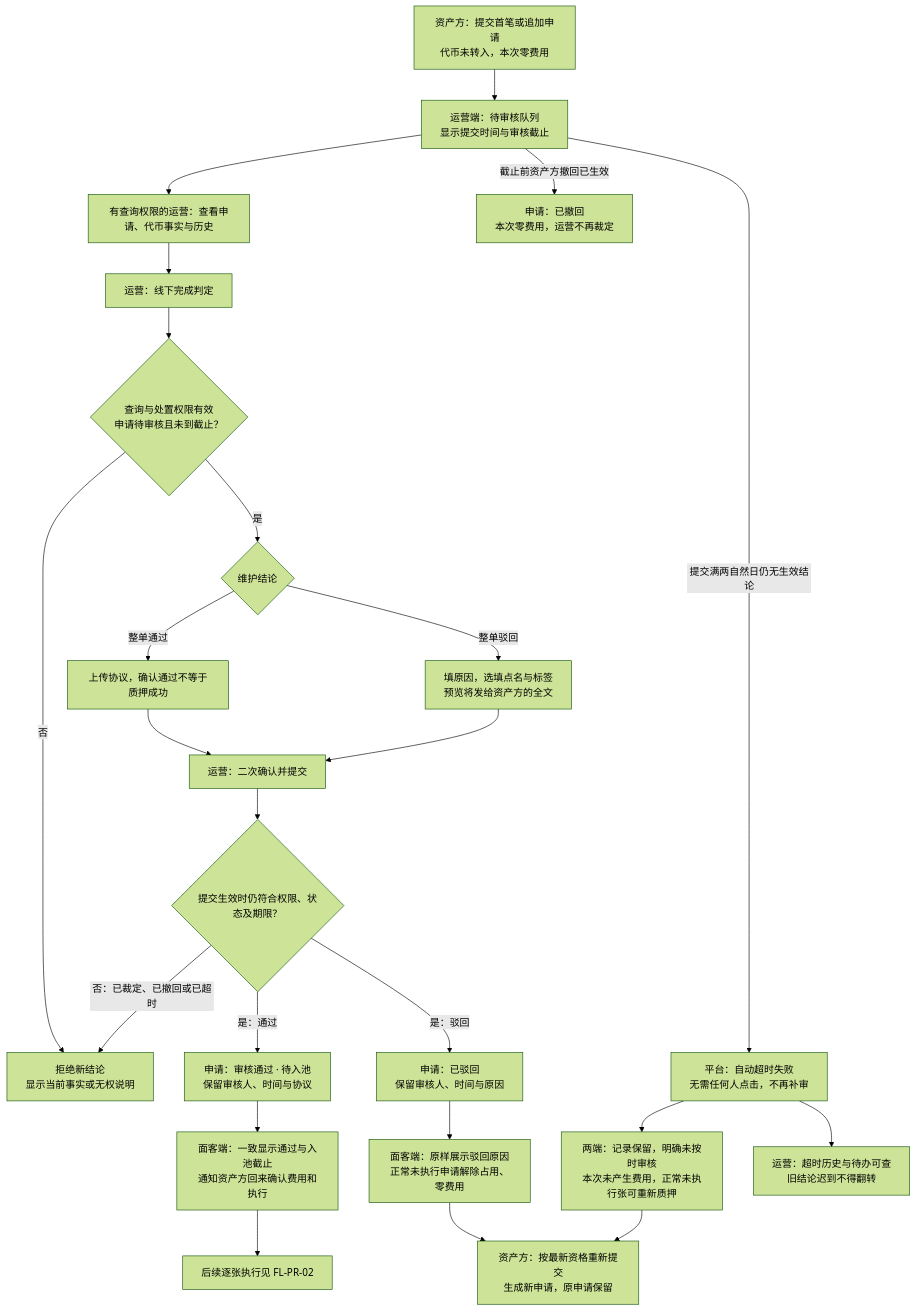
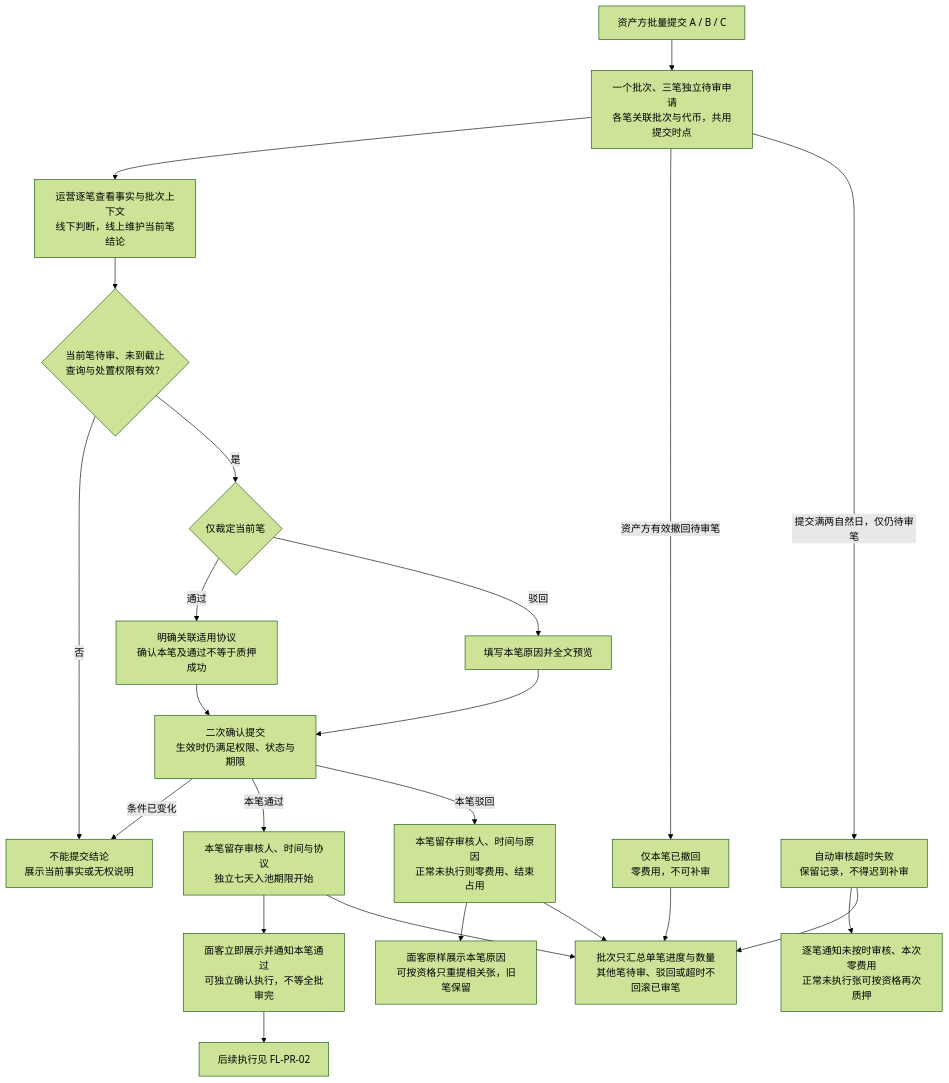
Before and after one commit to wxblockchain/Chain-Financing: the first of 5 diagrams in lending-platform/PRD/v1.0-代币质押审核/v1.0-代币质押审核-流程图与状态机.md, drawn with Mermaid (forest theme). The commit also changed other lines of this file and 1 other file, not shown here.

````diff
--- a/lending-platform/PRD/v1.0-代币质押审核/v1.0-代币质押审核-流程图与状态机.md
+++ b/lending-platform/PRD/v1.0-代币质押审核/v1.0-代币质押审核-流程图与状态机.md
@@ -20,26 +20,25 @@
 ```mermaid
 flowchart TD
-  A["资产方：提交首笔或追加申请<br/>代币未转入，本次零费用"] --> B["运营端：待审核队列<br/>显示提交时间与审核截止"]
-  B --> C["有查询权限的运营：查看申请、代币事实与历史"]
-  C --> D["运营：线下完成判定"]
-  D --> E{"查询与处置权限有效<br/>申请待审核且未到截止？"}
-  E -- "否" --> V["拒绝新结论<br/>显示当前事实或无权说明"]
-  E -- "是" --> F{"维护结论"}
-  F -- "整单通过" --> G["上传协议，确认通过不等于质押成功"]
-  F -- "整单驳回" --> H["填原因，选填点名与标签<br/>预览将发给资产方的全文"]
-  G --> I["运营：二次确认并提交"]
+  A["资产方批量提交 A / B / C"] --> B["一个批次、三笔独立待审申请<br/>各笔关联批次与代币，共用提交时点"]
+  B --> C["运营逐笔查看事实与批次上下文<br/>线下判断，线上维护当前笔结论"]
+  C --> D{"当前笔待审、未到截止<br/>查询与处置权限有效？"}
+  D -- "否" --> E["不能提交结论<br/>展示当前事实或无权说明"]
+  D -- "是" --> F{"仅裁定当前笔"}
+  F -- "通过" --> G["明确关联适用协议<br/>确认本笔及通过不等于质押成功"]
+  F -- "驳回" --> H["填写本笔原因并全文预览"]
+  G --> I["二次确认提交<br/>生效时仍满足权限、状态与期限"]
   H --> I
-  I --> J{"提交生效时仍符合权限、状态及期限？"}
-  J -- "否：已裁定、已撤回或已超时" --> V
-  J -- "是：通过" --> K["申请：审核通过 · 待入池<br/>保留审核人、时间与协议"]
-  J -- "是：驳回" --> L["申请：已驳回<br/>保留审核人、时间与原因"]
-  K --> M["面客端：一致显示通过与入池截止<br/>通知资产方回来确认费用和执行"]
-  M --> X["后续逐张执行见 FL-PR-02"]
-  L --> N["面客端：原样展示驳回原因<br/>正常未执行申请解除占用、零费用"]
-  N --> O["资产方：按最新资格重新提交<br/>生成新申请，原申请保留"]
-  B -- "截止前资产方撤回已生效" --> P["申请：已撤回<br/>本次零费用，运营不再裁定"]
-  B -- "提交满两自然日仍无生效结论" --> Q["平台：自动超时失败<br/>无需任何人点击，不再补审"]
-  Q --> R["两端：记录保留，明确未按时审核<br/>本次未产生费用，正常未执行张可重新质押"]
-  R --> O
-  Q --> S["运营：超时历史与待办可查<br/>旧结论迟到不得翻转"]
+  I -- "条件已变化" --> E
+  I -- "本笔通过" --> J["本笔留存审核人、时间与协议<br/>独立七天入池期限开始"]
+  I -- "本笔驳回" --> K["本笔留存审核人、时间与原因<br/>正常未执行则零费用、结束占用"]
+  J --> L["面客立即展示并通知本笔通过<br/>可独立确认执行，不等全批审完"]
+  L --> X["后续执行见 FL-PR-02"]
+  K --> M["面客原样展示本笔原因<br/>可按资格只重提相关张，旧笔保留"]
+  B -- "资产方有效撤回待审笔" --> N["仅本笔已撤回<br/>零费用，不可补审"]
+  B -- "提交满两自然日，仅仍待审笔" --> O["自动审核超时失败<br/>保留记录，不得迟到补审"]
+  O --> P["逐笔通知未按时审核、本次零费用<br/>正常未执行张可按资格再次质押"]
+  J --> Q["批次只汇总单笔进度与数量<br/>其他笔待审、驳回或超时不回滚已审笔"]
+  K --> Q
+  N --> Q
+  O --> Q
 ```
````
